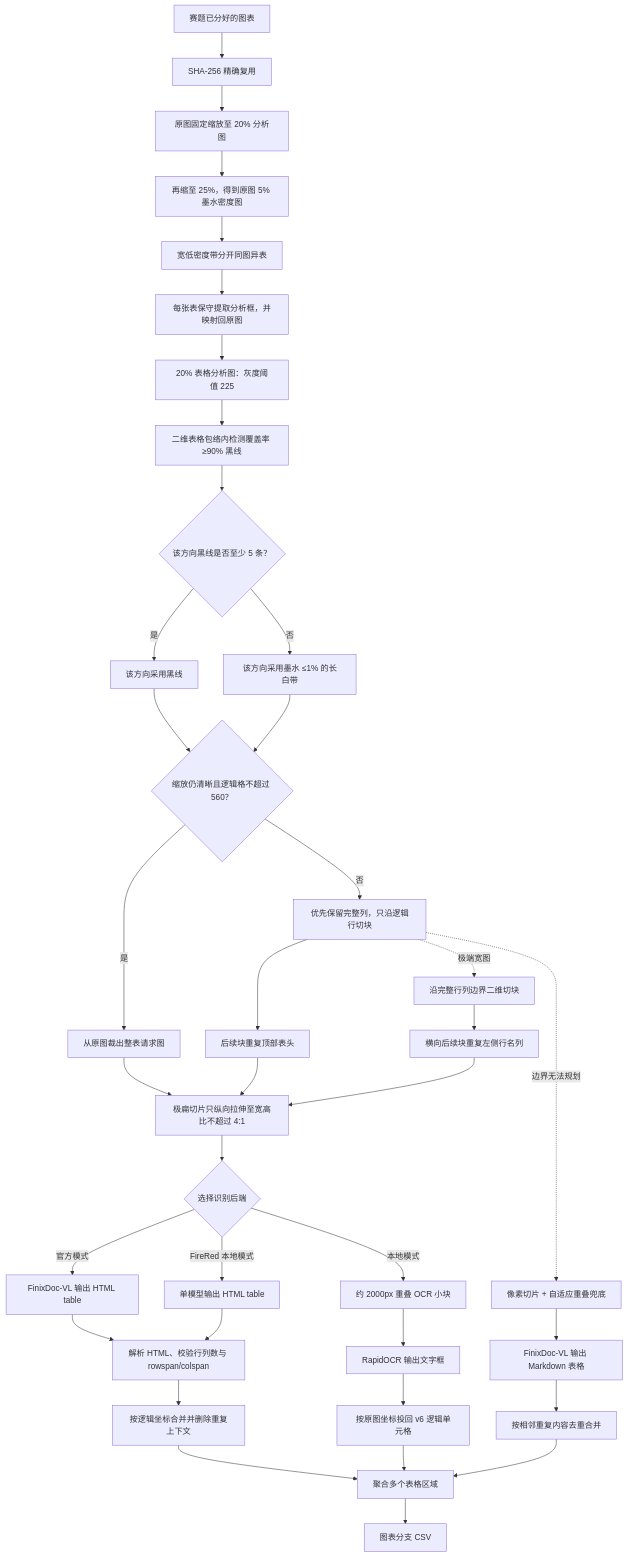
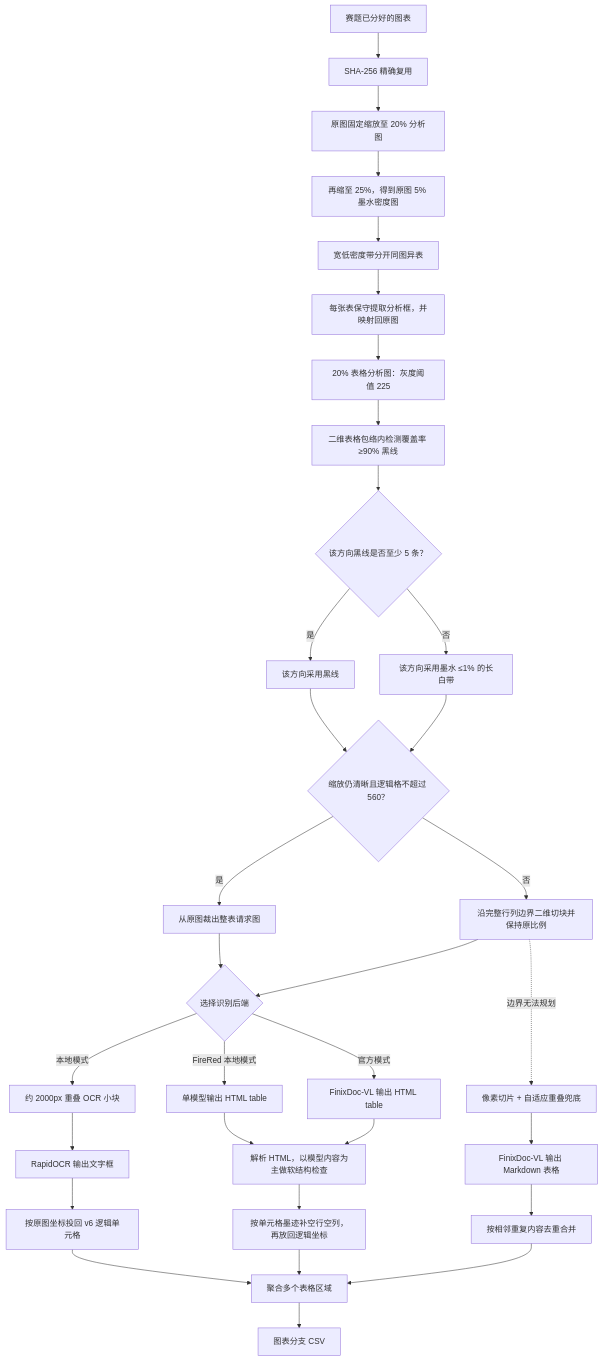
Before and after one commit to AAAXXS-0/CAFA6202: the diagram in afac_pipeline/table/README.md, drawn with Mermaid. The commit also changed other lines of this file and 14 other files, not shown here.

Commit message:
fix:修正图表预处理并支持模型结果软对齐

````diff
--- a/afac_pipeline/table/README.md
+++ b/afac_pipeline/table/README.md
@@ -6,39 +6,34 @@
 ```mermaid
 flowchart TD
     A["赛题已分好的图表"] --> B["SHA-256 精确复用"]
     B --> C["原图固定缩放至 20% 分析图"]
     C --> D["再缩至 25%，得到原图 5% 墨水密度图"]
     D --> E["宽低密度带分开同图异表"]
     E --> F["每张表保守提取分析框，并映射回原图"]
     F --> G["20% 表格分析图：灰度阈值 225"]
     G --> H["二维表格包络内检测覆盖率 ≥90% 黑线"]
     H --> V{"该方向黑线是否至少 5 条？"}
     V -- "是" --> I["该方向采用黑线"]
     V -- "否" --> W["该方向采用墨水 ≤1% 的长白带"]
     I --> X{"缩放仍清晰且逻辑格不超过 560？"}
     W --> X
     X -- "是" --> Y["从原图裁出整表请求图"]
-    X -- "否" --> J["优先保留完整列，只沿逻辑行切块"]
-    J --> K["后续块重复顶部表头"]
-    J -. "极端宽图" .-> L["沿完整行列边界二维切块"]
-    L --> M["横向后续块重复左侧行名列"]
+    X -- "否" --> J["沿完整行列边界二维切块并保持原比例"]
     J -. "边界无法规划" .-> N["像素切片 + 自适应重叠兜底"]
-    K --> RATIO["极扁切片只纵向拉伸至宽高比不超过 4:1"]
-    M --> RATIO
-    Y --> RATIO
-    RATIO --> Z{"选择识别后端"}
+    Y --> Z{"选择识别后端"}
+    J --> Z
     Z -- "官方模式" --> O["FinixDoc-VL 输出 HTML table"]
     Z -- "FireRed 本地模式" --> FO["单模型输出 HTML table"]
     FO --> Q
     Z -- "本地模式" --> LO["约 2000px 重叠 OCR 小块"]
     LO --> LC["RapidOCR 输出文字框"]
     LC --> LD["按原图坐标投回 v6 逻辑单元格"]
     LD --> T
     N --> P["FinixDoc-VL 输出 Markdown 表格"]
-    O --> Q["解析 HTML、校验行列数与 rowspan/colspan"]
-    Q --> R["按逻辑坐标合并并删除重复上下文"]
+    O --> Q["解析 HTML，以模型内容为主做软结构检查"]
+    Q --> R["按单元格墨迹补空行空列，再放回逻辑坐标"]
     P --> S["按相邻重复内容去重合并"]
     R --> T["聚合多个表格区域"]
     S --> T
     T --> U["图表分支 CSV"]
 ```
````
